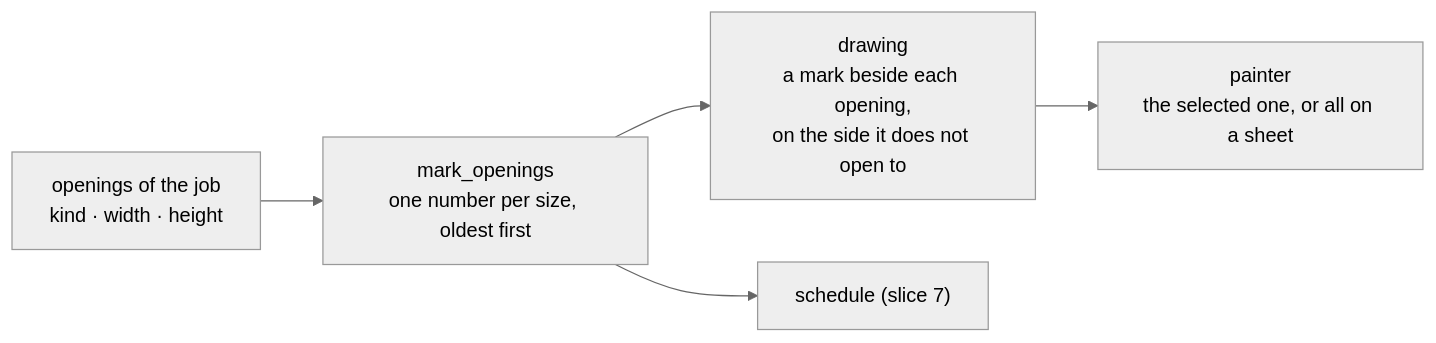
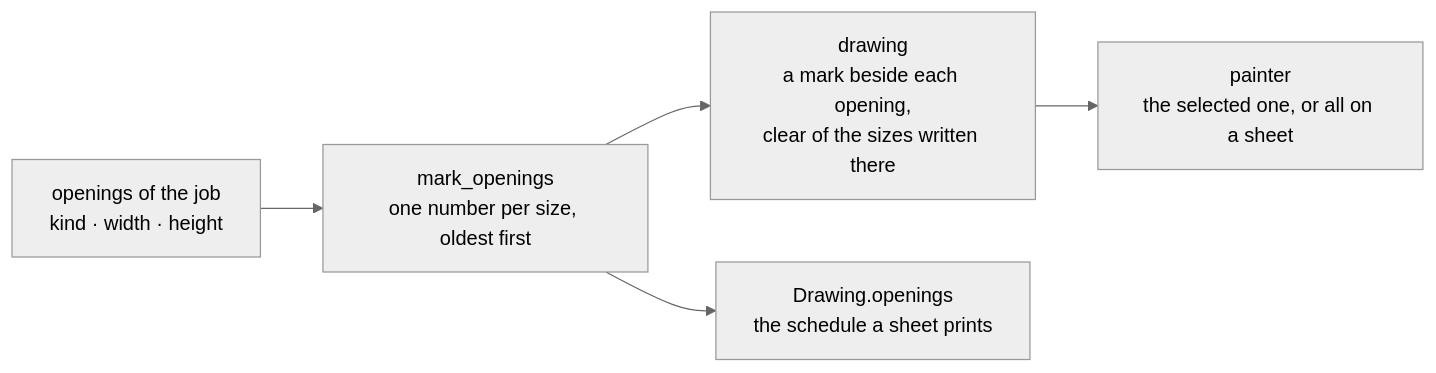
One commit to globallstudent/otves changed the diagram in docs/adr/0017-openings-carry-hinge-and-swing-marks-are-derived.md. Above: the diagram before and after it, drawn with Mermaid (neutral theme). The commit also changed other lines of this file and 19 other files, not shown here.

````diff
--- a/docs/adr/0017-openings-carry-hinge-and-swing-marks-are-derived.md
+++ b/docs/adr/0017-openings-carry-hinge-and-swing-marks-are-derived.md
@@ -24,7 +26,7 @@
 ```mermaid
 flowchart LR
   O["openings of the job<br/>kind · width · height"] --> M["mark_openings<br/>one number per size, oldest first"]
-  M --> T["drawing<br/>a mark beside each opening,<br/>on the side it does not open to"]
+  M --> T["drawing<br/>a mark beside each opening,<br/>clear of the sizes written there"]
   T --> P["painter<br/>the selected one, or all on a sheet"]
-  M --> S["schedule (slice 7)"]
+  M --> S["Drawing.openings<br/>the schedule a sheet prints"]
 ```
````
